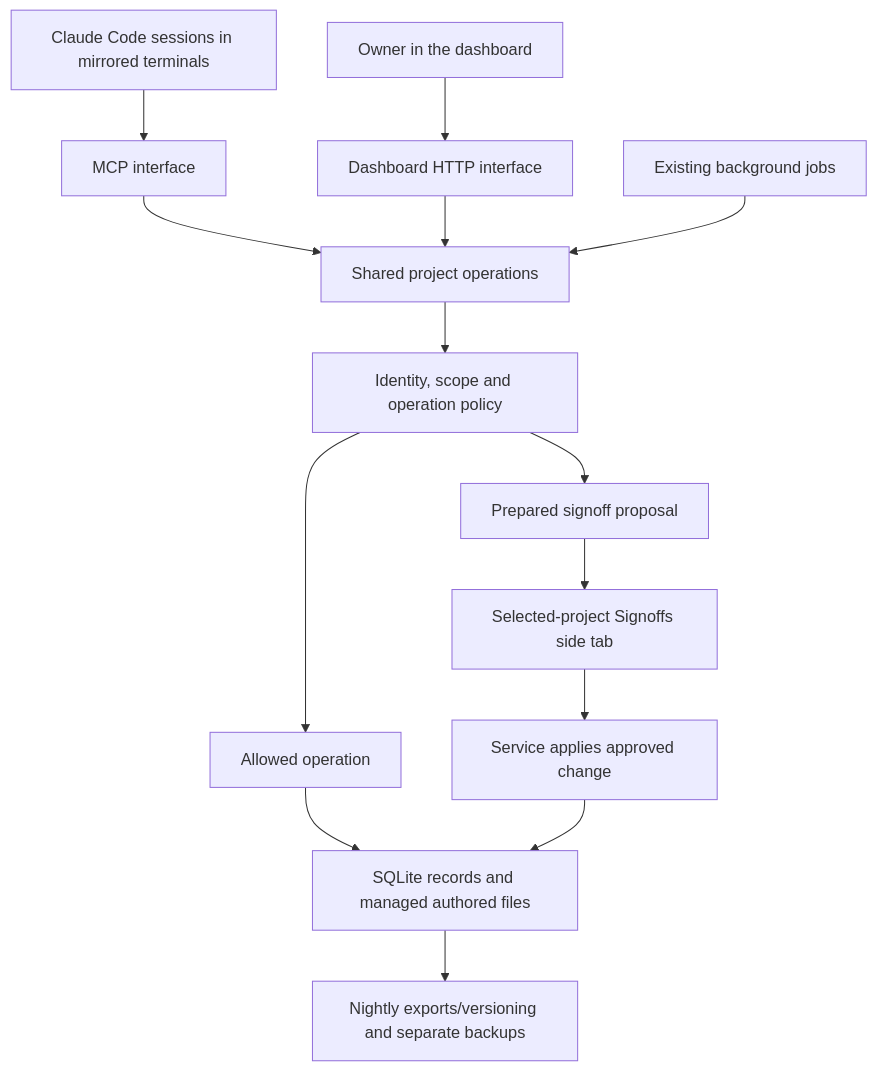
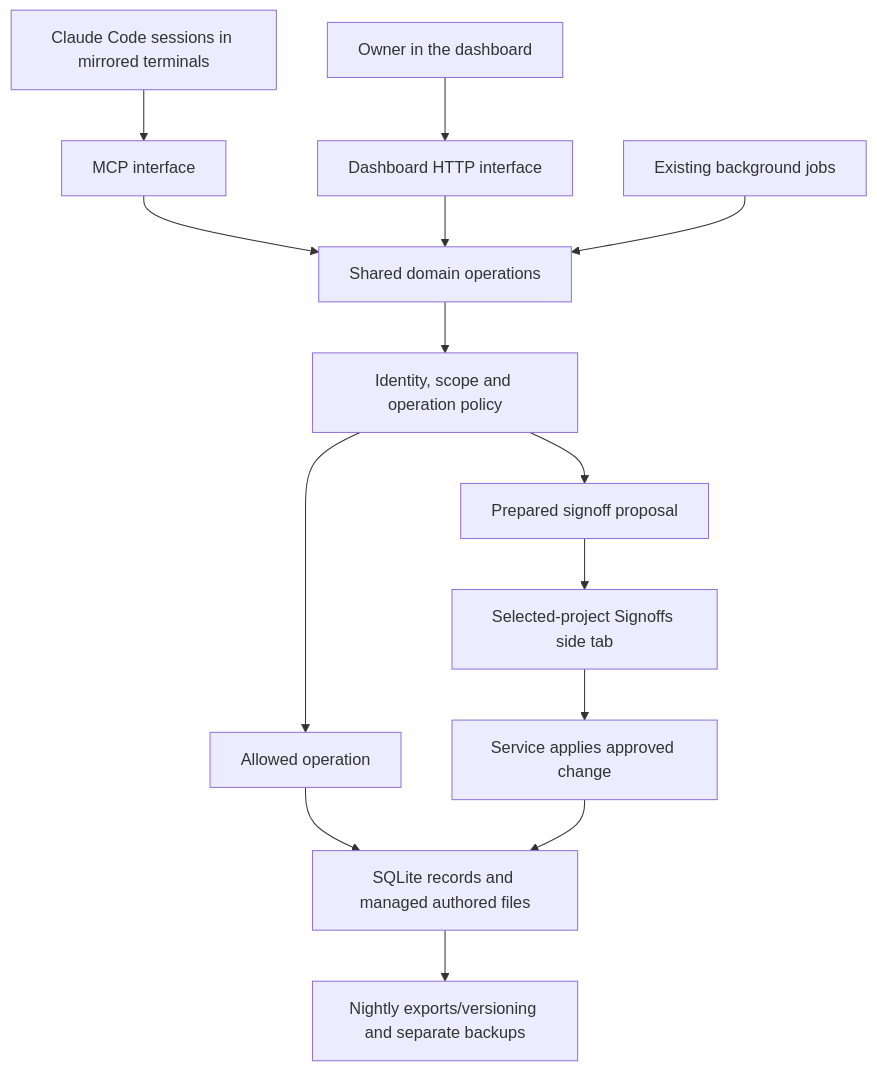
One commit to 49-Agents/qorqbot changed the diagram in qorqut-code/docs/agent-platform/01-ARCHITECTURE.md. Above: the diagram before and after it, drawn with Mermaid. The commit also changed other lines of this file and 29 other files, not shown here.

````diff
--- a/qorqut-code/docs/agent-platform/01-ARCHITECTURE.md
+++ b/qorqut-code/docs/agent-platform/01-ARCHITECTURE.md
@@ -11,16 +11,16 @@
 ```mermaid
 flowchart TB
     Claude[Claude Code sessions in mirrored terminals] --> MCP[MCP interface]
     Owner[Owner in the dashboard] --> HTTP[Dashboard HTTP interface]
-    MCP --> Operations[Shared project operations]
+    MCP --> Operations[Shared domain operations]
     HTTP --> Operations
     Jobs[Existing background jobs] --> Operations
     Operations --> Policy[Identity, scope and operation policy]
     Policy --> Direct[Allowed operation]
     Policy --> Pending[Prepared signoff proposal]
     Pending --> Review[Selected-project Signoffs side tab]
     Review --> Apply[Service applies approved change]
     Direct --> Storage[SQLite records and managed authored files]
     Apply --> Storage
     Storage --> Versions[Nightly exports/versioning and separate backups]
 ```
````
